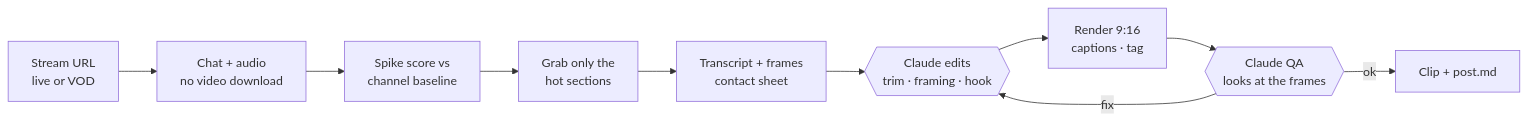
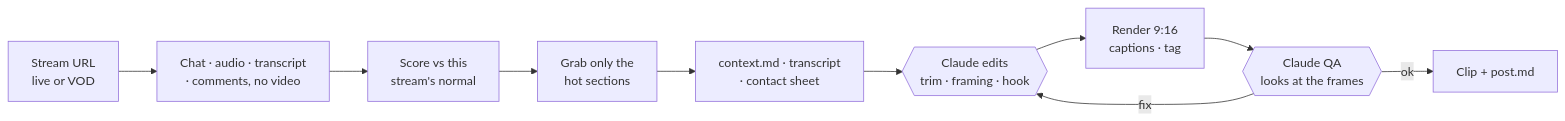
Before and after one commit to connectfazla/ortha-clipper: the diagram in README.md, drawn with Mermaid. The commit also changed other lines of this file and 7 other files, not shown here.

````diff
--- a/README.md
+++ b/README.md
@@ -91,12 +143,12 @@
 ```mermaid
 flowchart LR
-  A[Stream URL<br/>live or VOD] --> B[Chat + audio<br/>no video download]
-  B --> C[Spike score vs<br/>channel baseline]
+  A[Stream URL<br/>live or VOD] --> B[Chat · audio · transcript<br/>· comments, no video]
+  B --> C[Score vs this<br/>stream's normal]
   C --> D[Grab only the<br/>hot sections]
-  D --> E[Transcript + frames<br/>contact sheet]
+  D --> E[context.md · transcript<br/>· contact sheet]
   E --> F{{Claude edits<br/>trim · framing · hook}}
   F --> G[Render 9:16<br/>captions · tag]
   G --> H{{Claude QA<br/>looks at the frames}}
   H -- fix --> F
   H -- ok --> I[Clip + post.md]
 ```
````
